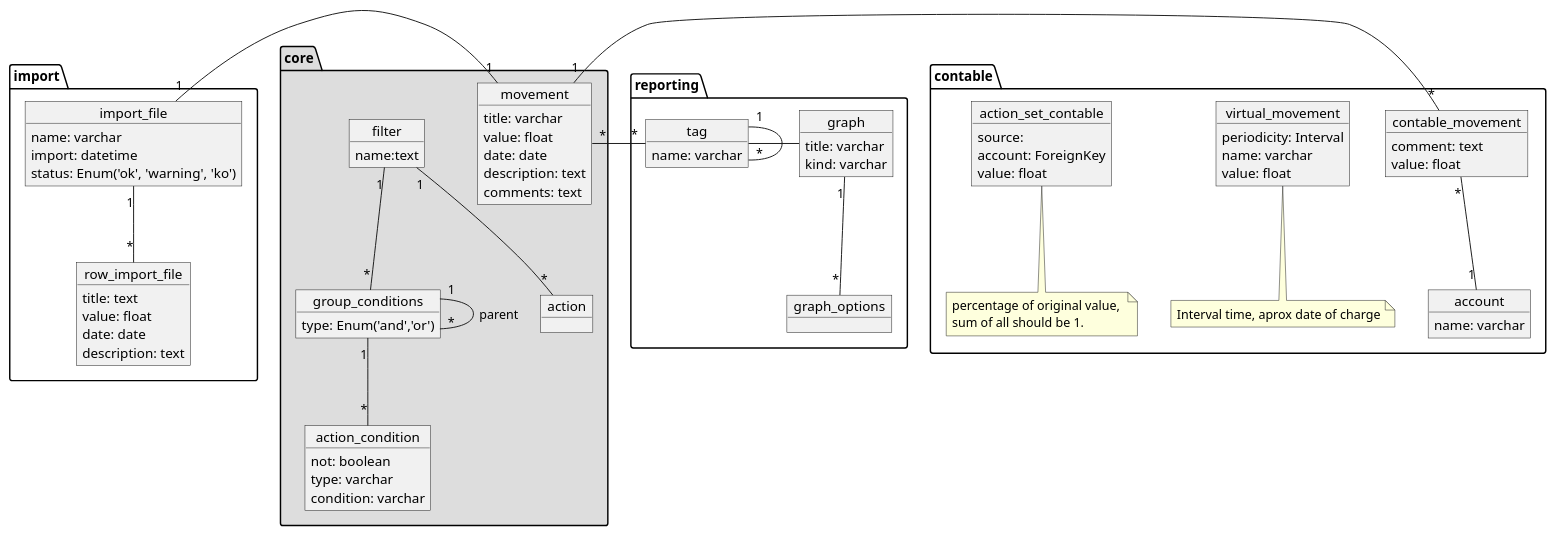
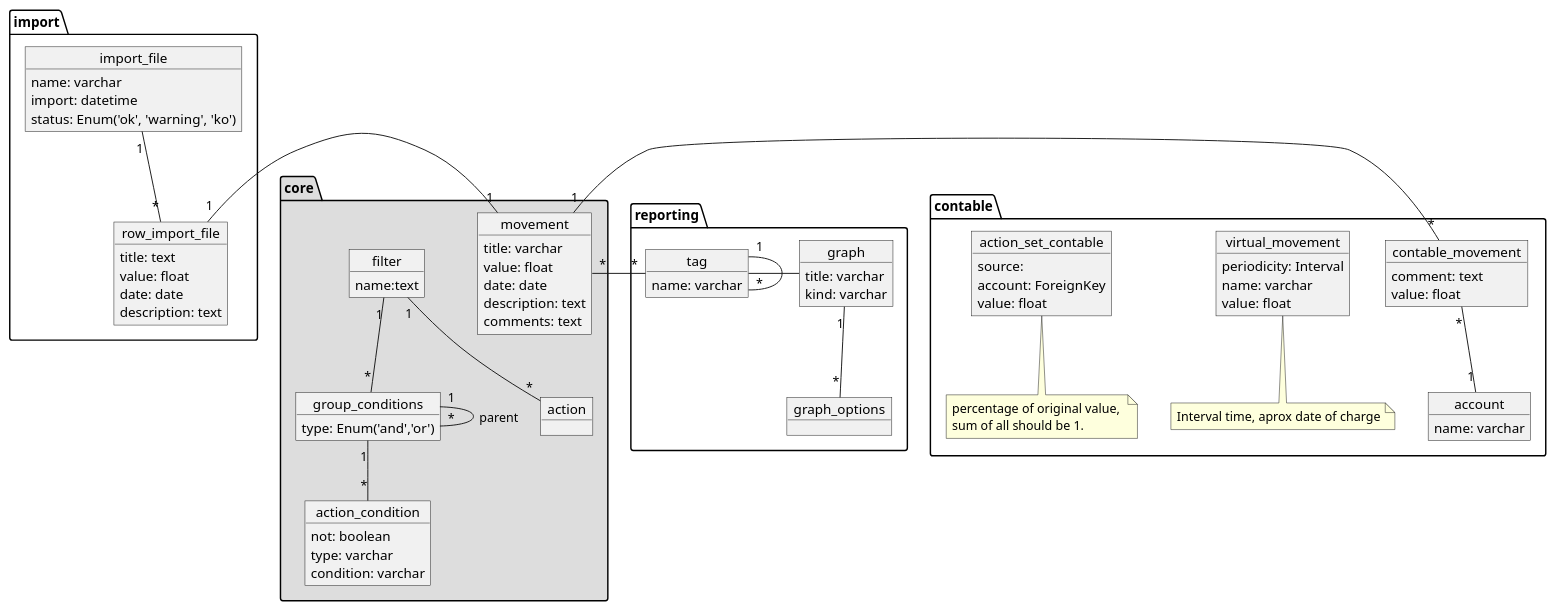
The diagram in doc/database.puml (Dracks/mr-scrooge), drawn with PlantUML before and after one commit.

Commit message:
Little mistake on a relation

```diff
--- a/doc/database.puml
+++ b/doc/database.puml
@@ -2,103 +2,103 @@
 @startuml Database
 
 package import {
     object import_file {
         name: varchar
         import: datetime 
         status: Enum('ok', 'warning', 'ko')
     }
     object row_import_file {
         title: text
         value: float
         date: date
         description: text
     }
 }
 
 import_file "1" -down- "*" row_import_file
 
 package core #DDDDDD {
 
     object movement {
         title: varchar
         value: float
         date: date
         description: text
         comments: text
     }
 
     object filter {
         name:text
     }
     object group_conditions {
         type: Enum('and','or')
     }
     object action_condition {
         not: boolean
         type: varchar
         condition: varchar
     }
     object action{
 
     }
 }
-movement "1" -left- "1" import_file
+movement "1" -left- "1" row_import_file
 filter "1" -down- "*" group_conditions
 filter "1" -down- "*" action
 group_conditions "1" -- "*" group_conditions: parent
 group_conditions "1" -down- "*" action_condition
 
 package reporting {
     object tag {
         name: varchar
     }
     object graph {
         title: varchar
         kind: varchar
     }
     object graph_options {
 
     }
 }
 
 tag "1" -- "*" tag
 graph "1" -down- "*" graph_options
 graph -left- tag
 movement "*" -left- "*" tag
 
 package contable {
     object account {
         name: varchar
     }
     object contable_movement {
         comment: text
         value: float 
     }
 
     object virtual_movement {
         periodicity: Interval
         name: varchar
         value: float
     }
 
     note "Interval time, aprox date of charge" as vm_note
     virtual_movement .. vm_note
 
 
     object action_set_contable {
         source: 
         account: ForeignKey
         value: float
     }
 
     note as asc_note
         percentage of original value, 
         sum of all should be 1.
     end note
     action_set_contable .. asc_note
 }
 
 account "1" -up- "*" contable_movement
 movement "1" -left- "*" contable_movement
 
 @enduml
```
